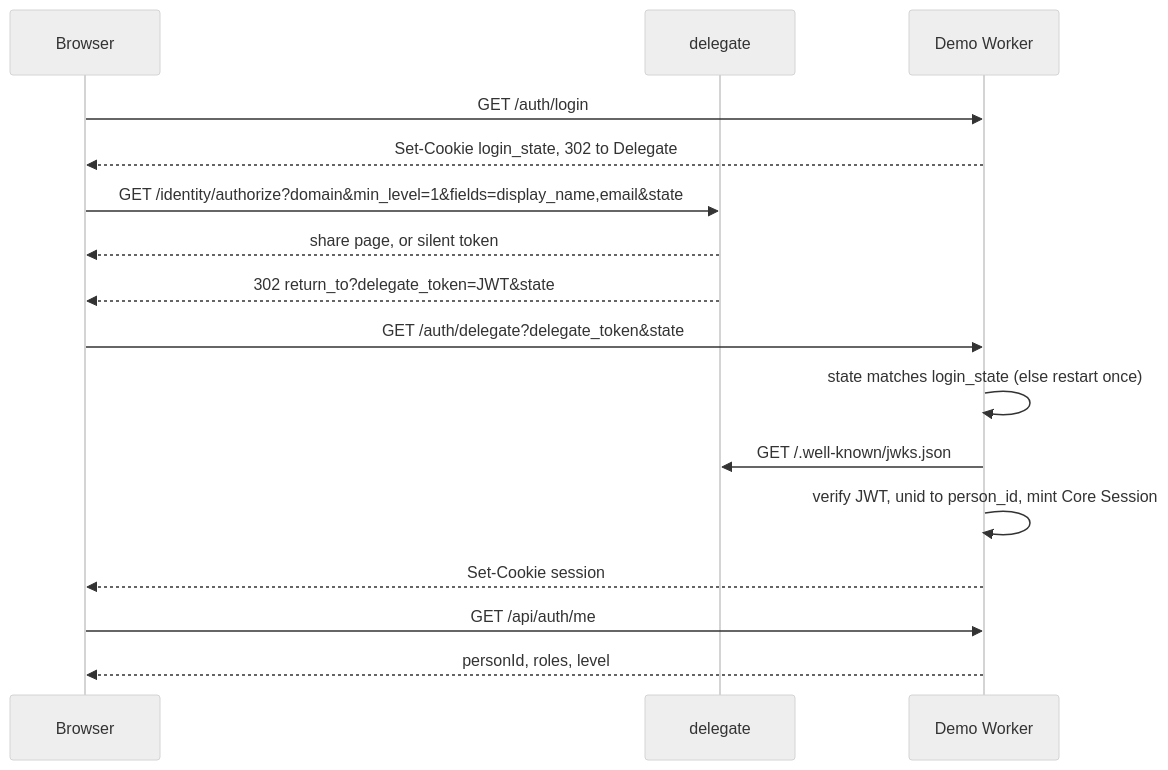
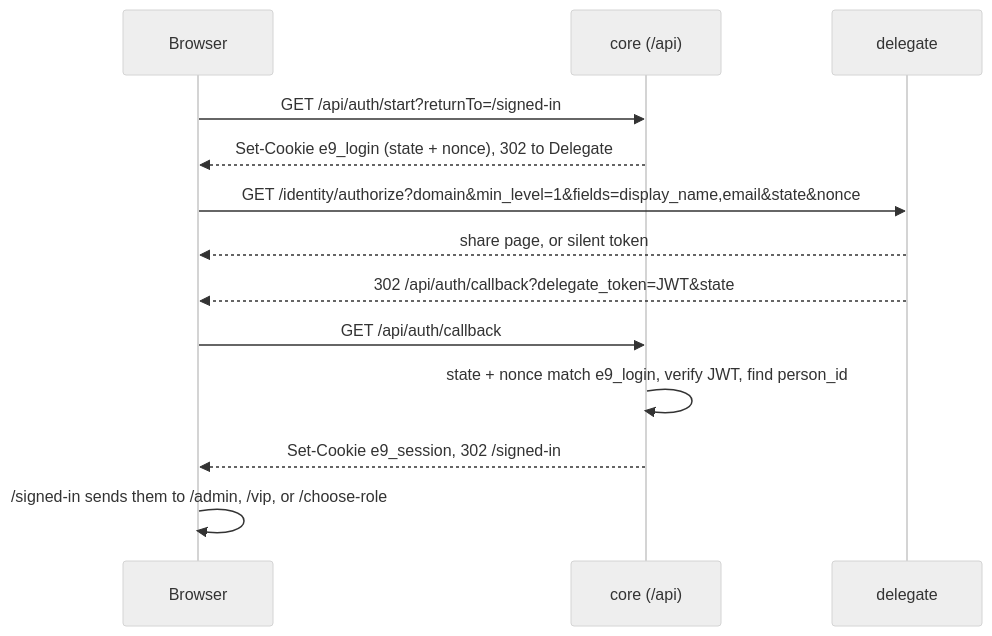
Before and after one commit to engine9-ai/demo-festival: the second of 2 diagrams in docs/identity-flow.md, drawn with Mermaid (neutral theme). The commit also changed other lines of this file and 24 other files, not shown here.

````diff
--- a/docs/identity-flow.md
+++ b/docs/identity-flow.md
@@ -115,18 +138,15 @@
 ```mermaid
 sequenceDiagram
   participant B as Browser
+  participant C as core (/api)
   participant D as delegate
-  participant S as Demo Worker
-  B->>S: GET /auth/login
-  S-->>B: Set-Cookie login_state, 302 to Delegate
-  B->>D: GET /identity/authorize?domain&min_level=1&fields=display_name,email&state
+  B->>C: GET /api/auth/start?returnTo=/signed-in
+  C-->>B: Set-Cookie e9_login (state + nonce), 302 to Delegate
+  B->>D: GET /identity/authorize?domain&min_level=1&fields=display_name,email&state&nonce
   D-->>B: share page, or silent token
-  D-->>B: 302 return_to?delegate_token=JWT&state
-  B->>S: GET /auth/delegate?delegate_token&state
-  S->>S: state matches login_state (else restart once)
-  S->>D: GET /.well-known/jwks.json
-  S->>S: verify JWT, unid to person_id, mint Core Session
-  S-->>B: Set-Cookie session
-  B->>S: GET /api/auth/me
-  S-->>B: personId, roles, level
+  D-->>B: 302 /api/auth/callback?delegate_token=JWT&state
+  B->>C: GET /api/auth/callback
+  C->>C: state + nonce match e9_login, verify JWT, find person_id
+  C-->>B: Set-Cookie e9_session, 302 /signed-in
+  B->>B: /signed-in sends them to /admin, /vip, or /choose-role
 ```
````
